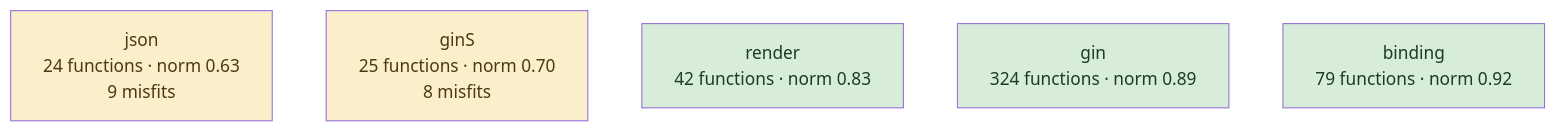
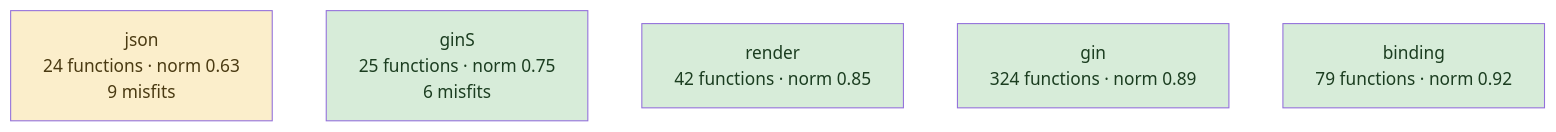
Before and after one commit to LukasSelin/doppel: the second of 7 diagrams in examples/gin.md, drawn with Mermaid. The commit also changed other lines of this file and 15 other files, not shown here.

````diff
--- a/examples/gin.md
+++ b/examples/gin.md
@@ -226,13 +226,13 @@
 ```mermaid
 flowchart TD
     h0["json<br/>24 functions · norm 0.63<br/>9 misfits"]
-    h1["ginS<br/>25 functions · norm 0.70<br/>8 misfits"]
-    h2["render<br/>42 functions · norm 0.83"]
+    h1["ginS<br/>25 functions · norm 0.75<br/>6 misfits"]
+    h2["render<br/>42 functions · norm 0.85"]
     h3["gin<br/>324 functions · norm 0.89"]
     h4["binding<br/>79 functions · norm 0.92"]
     classDef good fill:#d7ecd9,color:#1b3d20
     classDef warn fill:#fbeecb,color:#4a3a12
     classDef hot fill:#f7d6d6,color:#4a1c1c
-    class h2,h3,h4 good
-    class h0,h1 warn
+    class h1,h2,h3,h4 good
+    class h0 warn
 ```
````
